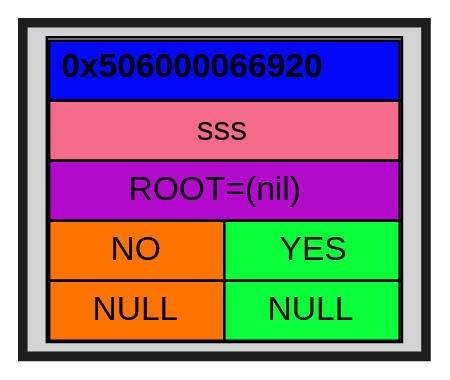
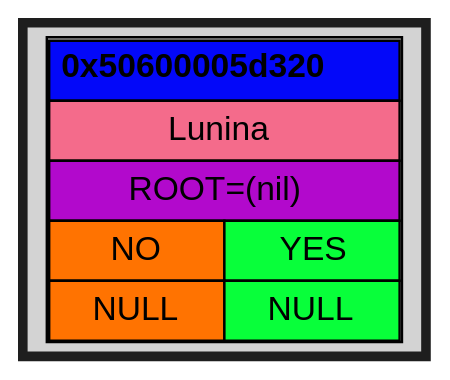
Before and after one commit to Kabuto-Mainer/Akinator: the diagram in DUMPS/DEBUG/graph.dot, drawn with Graphviz. The commit also changed 43 other files, not shown here.

```diff
--- a/DUMPS/DEBUG/graph.dot
+++ b/DUMPS/DEBUG/graph.dot
@@ -1,23 +1,23 @@
 digraph {
   rankdir=UD;
   bgcolor="#1e1e1e"
   splines=ortho;
   nodesep=0.4;
   ranksep=0.6;
   node [shape=plaintext, style=filled, fontname="Helvetica"];
   edge [arrowhead=vee, arrowsize=0.6, penwidth=1.2];
 
-block_0x506000066920 [label=<
+block_0x50600005d320 [label=<
 <TABLE CELLSPACING="0" CELLPADDING="4">
-<TR><TD PORT="root" BGCOLOR="#0308f9ff" COLSPAN="2"><B>0x506000066920</B></TD></TR>
-<TR><TD BGCOLOR="#f46b8bff" COLSPAN="2">sss</TD></TR>
+<TR><TD PORT="root" BGCOLOR="#0308f9ff" COLSPAN="2"><B>0x50600005d320</B></TD></TR>
+<TR><TD BGCOLOR="#f46b8bff" COLSPAN="2">Lunina</TD></TR>
 <TR><TD BGCOLOR="#b209ccff" COLSPAN="2">ROOT=(nil)</TD></TR>
 <TR><TD BGCOLOR="#ff7301ff">NO</TD><TD BGCOLOR="#08ff3aff">YES</TD></TR>
 <TR>
 <TD PORT="left" BGCOLOR="#ff7301ff">NULL</TD>
 <TD PORT="right" BGCOLOR="#08ff3aff">NULL</TD>
 </TR>
 </TABLE> >];
 
 
 }
```
